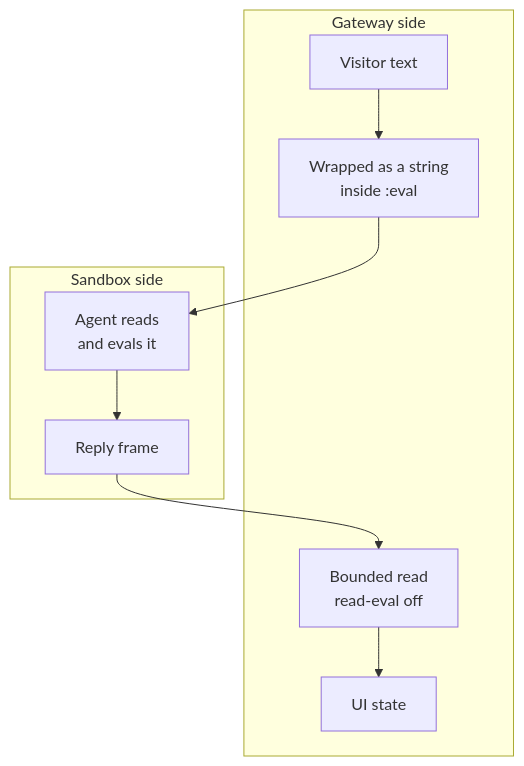
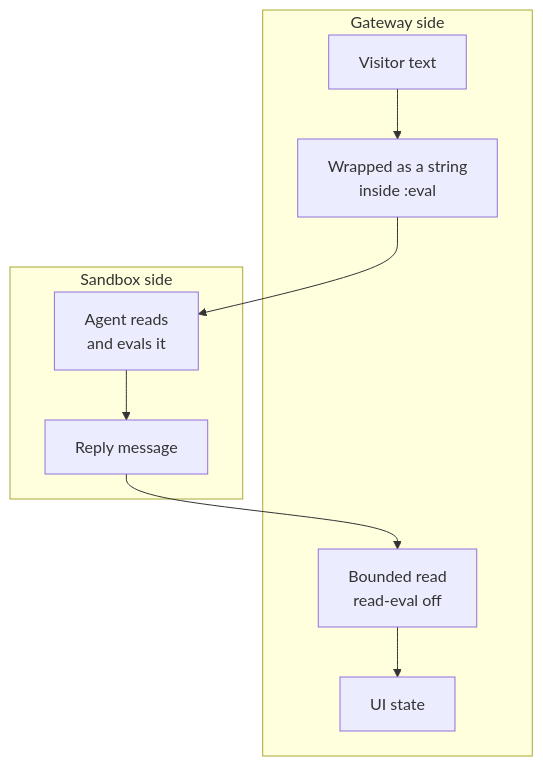
The second of 9 diagrams in docs/reference/internal/architecture.md (real-limoges/to-restart-is-divine), drawn with Mermaid before and after one commit. The commit also changed other lines of this file and 19 other files, not shown here.

````diff
--- a/docs/reference/internal/architecture.md
+++ b/docs/reference/internal/architecture.md
@@ -61,17 +61,17 @@
 ```mermaid
 flowchart TB
   subgraph outside["Gateway side"]
     typed["Visitor text"]
     wrap["Wrapped as a string<br/>inside :eval"]
     parse["Bounded read<br/>read-eval off"]
     state["UI state"]
   end
   subgraph inside["Sandbox side"]
     agent["Agent reads<br/>and evals it"]
-    reply["Reply frame"]
+    reply["Reply message"]
   end
   typed --> wrap --> agent
   agent --> reply --> parse --> state
   class typed,wrap,parse,state tone-blue
   class agent,reply tone-amber
 ```
````
